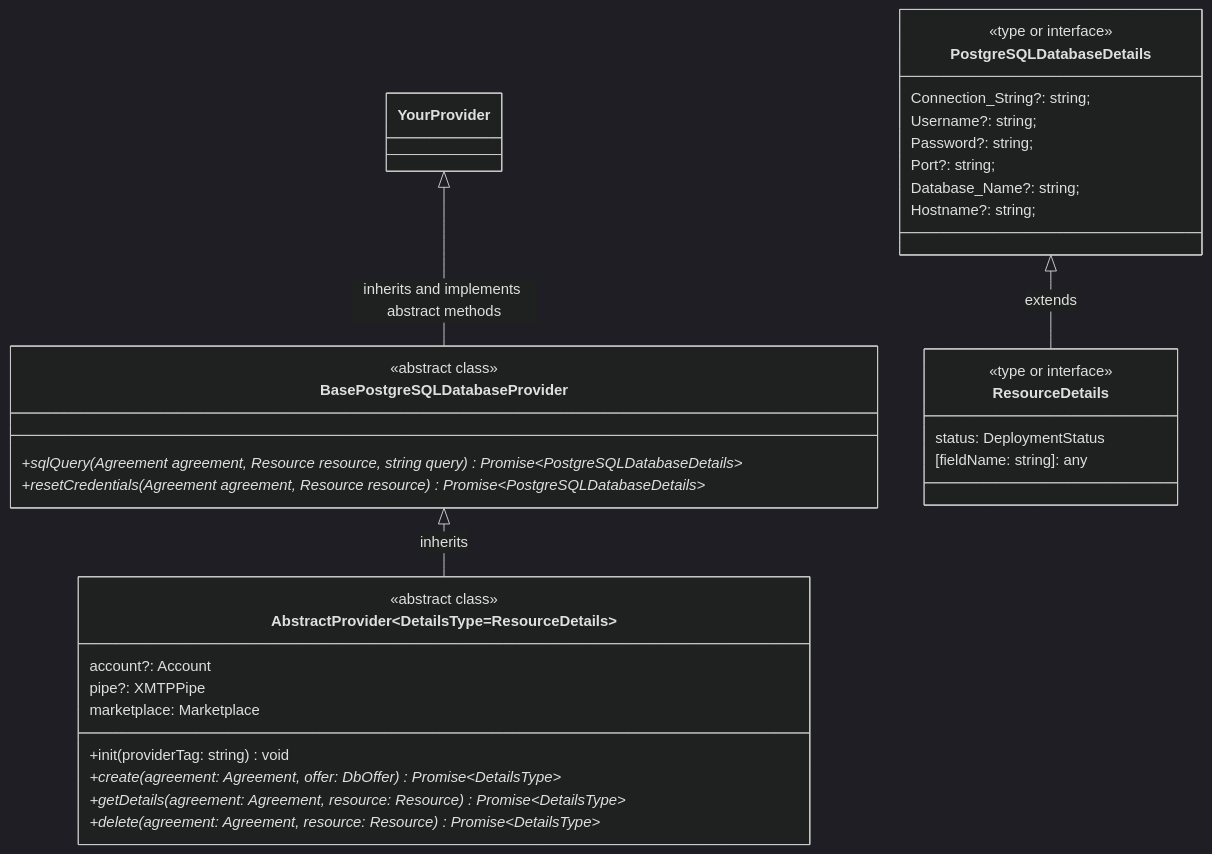
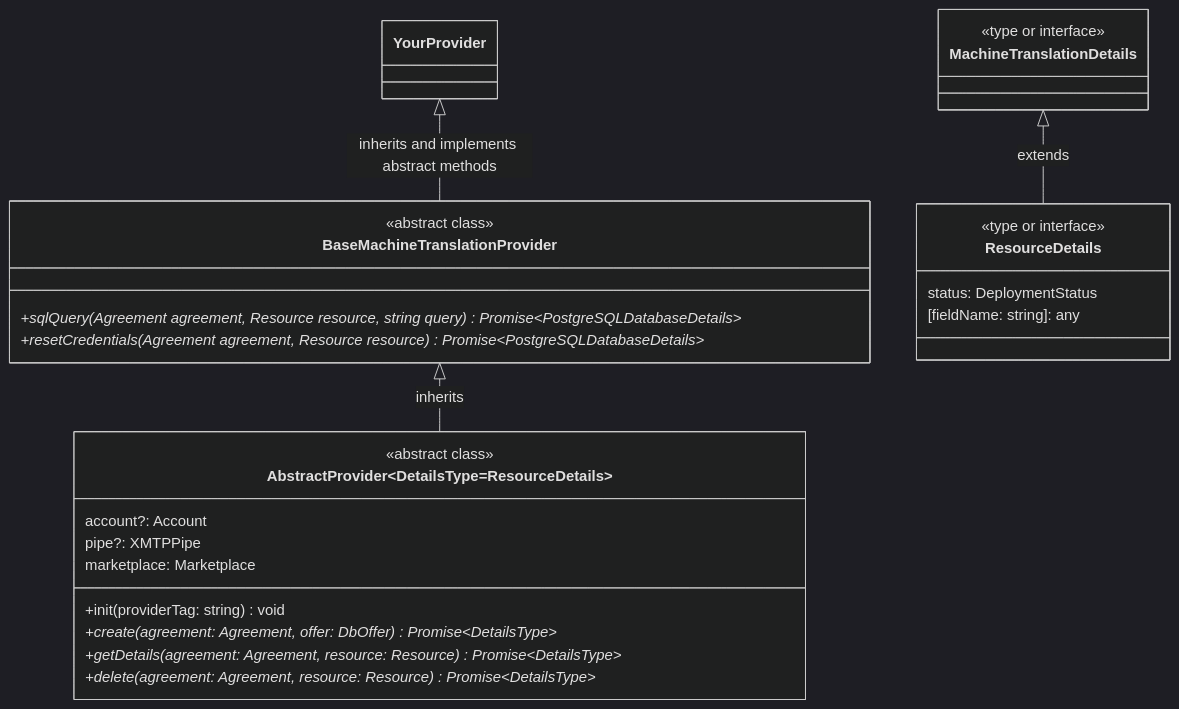
One commit to Keyondunker/Vector-Nest-Provider changed the diagram in README.md. Above: the diagram before and after it, drawn with Mermaid (dark theme). The commit also changed other lines of this file, not shown here.

````diff
--- a/README.md
+++ b/README.md
@@ -91,42 +90,36 @@
 ```mermaid
 classDiagram
 	class YourProvider {
 
 	}
-	class BasePostgreSQLDatabaseProvider  {
+	class BaseMachineTranslationProvider   {
 		<<abstract class>>
 		+sqlQuery(Agreement agreement, Resource resource, string query)* Promise~PostgreSQLDatabaseDetails~
 		+resetCredentials(Agreement agreement, Resource resource)* Promise~PostgreSQLDatabaseDetails~
 	}
 	class  AbstractProvider~DetailsType=ResourceDetails~  {
 		<<abstract class>>
 		account?: Account
 		pipe?: XMTPPipe
 		marketplace: Marketplace
 
 		+init(providerTag: string) void
 		+create(agreement: Agreement, offer: DbOffer)* Promise~DetailsType~
 		+getDetails(agreement: Agreement, resource: Resource)* Promise~DetailsType~
 		+delete(agreement: Agreement, resource: Resource)* Promise~DetailsType~
 	}
 
 	class ResourceDetails {
 		<<type or interface>>
 		status: DeploymentStatus
 		[fieldName: string]: any
 	}
 
-	class PostgreSQLDatabaseDetails {
+	class MachineTranslationDetails {
 		<<type or interface>>
-		Connection_String?: string;
-		Username?: string;
-		Password?: string;
-		Port?: string;
-		Database_Name?: string;
-		Hostname?: string;
 	}
 
-		BasePostgreSQLDatabaseProvider  <|--  AbstractProvider~PostgreSQLDatabaseDetails~  :  inherits
-	YourProvider  <|-- BasePostgreSQLDatabaseProvider : inherits and implements abstract methods
-	PostgreSQLDatabaseDetails  <|-- ResourceDetails : extends
+		BaseMachineTranslationProvider  <|--  AbstractProvider~MachineTranslationDetails~  :  inherits
+	YourProvider  <|-- BaseMachineTranslationProvider  : inherits and implements abstract methods
+	MachineTranslationDetails  <|-- ResourceDetails : extends
 ```
````
